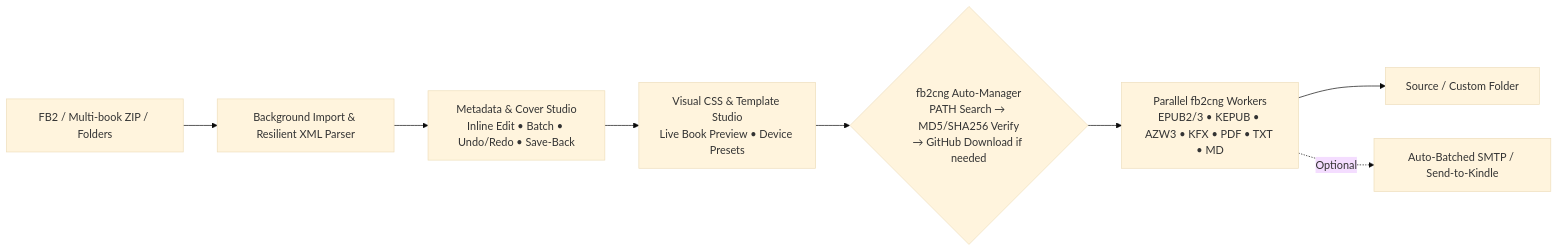
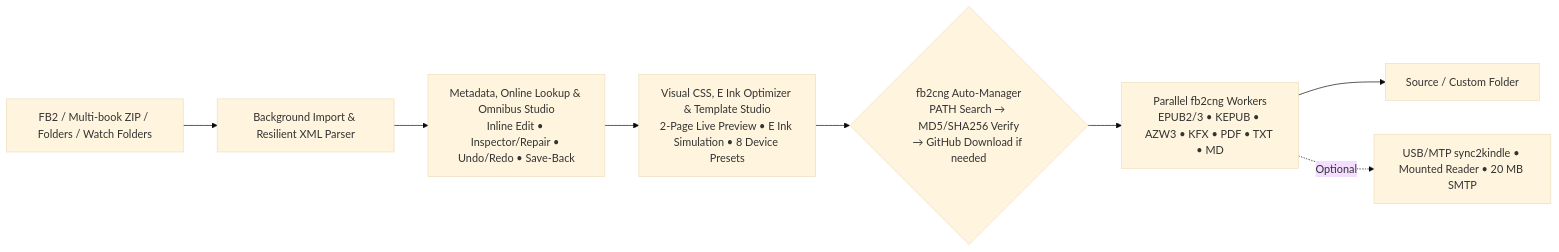
The diagram in README.md (PDykun/fbc-gui), drawn with Mermaid (base theme) before and after one commit. The commit also changed other lines of this file, not shown here.

Commit message:
Update README with v2.11 features, comparison table, and sync2kindle details

````diff
--- a/README.md
+++ b/README.md
@@ -115,10 +116,10 @@
 ```mermaid
 flowchart LR
-    A[FB2 / Multi-book ZIP / Folders] --> B[Background Import & Resilient XML Parser]
-    B --> C[Metadata & Cover Studio<br/>Inline Edit • Batch • Undo/Redo • Save-Back]
-    C --> D[Visual CSS & Template Studio<br/>Live Book Preview • Device Presets]
+    A[FB2 / Multi-book ZIP / Folders / Watch Folders] --> B[Background Import & Resilient XML Parser]
+    B --> C[Metadata, Online Lookup & Omnibus Studio<br/>Inline Edit • Inspector/Repair • Undo/Redo • Save-Back]
+    C --> D[Visual CSS, E Ink Optimizer & Template Studio<br/>2-Page Live Preview • E Ink Simulation • 8 Device Presets]
     D --> E{fb2cng Auto-Manager<br/>PATH Search → MD5/SHA256 Verify<br/>→ GitHub Download if needed}
     E --> F[Parallel fb2cng Workers<br/>EPUB2/3 • KEPUB • AZW3 • KFX • PDF • TXT • MD]
     F --> G[Source / Custom Folder]
-    F -. Optional .-> H[Auto-Batched SMTP / Send-to-Kindle]
+    F -. Optional .-> H[USB/MTP sync2kindle • Mounted Reader • 20 MB SMTP]
 ```
````
